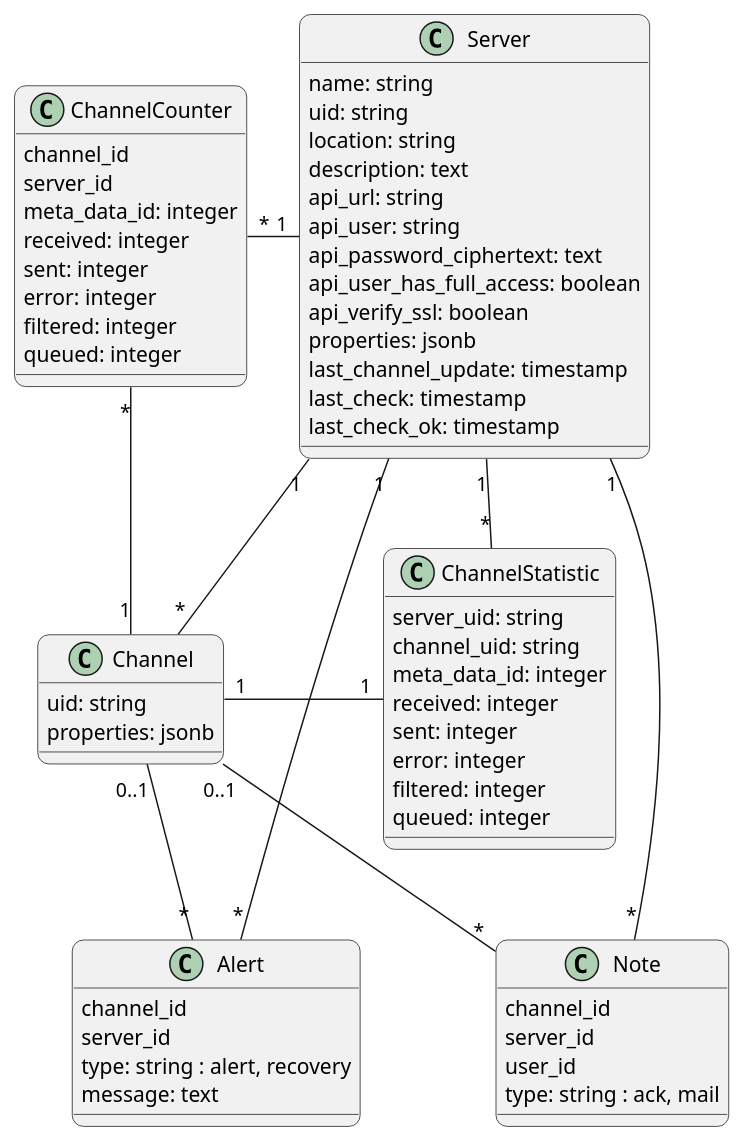
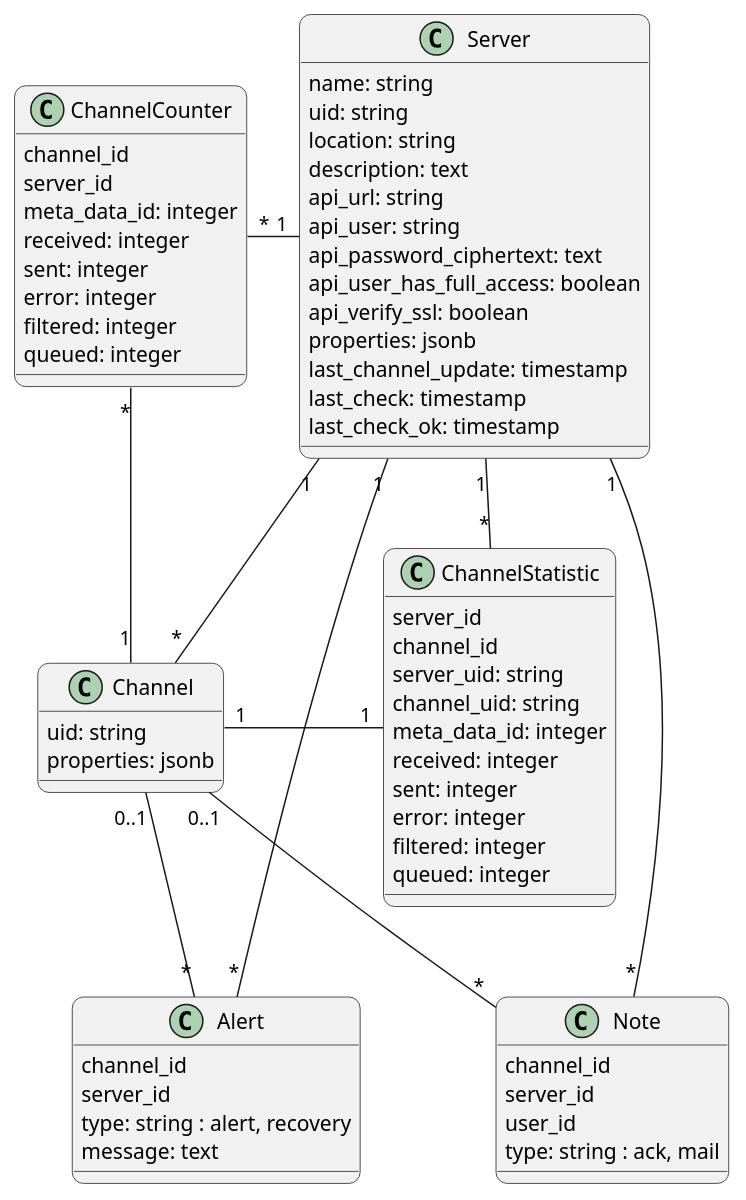
The diagram in doc/dev-notes/modules/ROOT/images/models.puml (swobspace/mirco), drawn with PlantUML before and after one commit. The commit also changed 1 other file, not shown here.

Commit message:
add missing server_id/channel_id

```diff
--- a/doc/dev-notes/modules/ROOT/images/models.puml
+++ b/doc/dev-notes/modules/ROOT/images/models.puml
@@ -1,74 +1,76 @@
 @startuml
 top to bottom direction
 skinparam defaultTextAlignment center
 skinparam roundCorner 15
 
 class Server  {
   name: string
   uid: string
   location: string
   description: text
   api_url: string
   api_user: string
   api_password_ciphertext: text
   api_user_has_full_access: boolean
   api_verify_ssl: boolean
   properties: jsonb
   last_channel_update: timestamp
   last_check: timestamp
   last_check_ok: timestamp
 }
 
 class Channel {
   uid: string
   properties: jsonb
 }
 
 class ChannelStatistic {
+  server_id
+  channel_id
   server_uid: string
   channel_uid: string
   meta_data_id: integer
   received: integer
   sent: integer
   error: integer
   filtered: integer
   queued: integer
 }
 
 class ChannelCounter {
   channel_id
   server_id
   meta_data_id: integer
   received: integer
   sent: integer
   error: integer
   filtered: integer
   queued: integer
 }
 
 class Alert {
   channel_id
   server_id
   type: string : alert, recovery
   message: text
 }
 
 class Note {
   channel_id
   server_id
   user_id
   type: string : ack, mail
 }
 
 Server "1" -- "*" Channel
 Server "1" - "*" ChannelStatistic
 Channel "1" - "1" ChannelStatistic
 ChannelCounter "*" - "1" Server
 ChannelCounter "*" -- "1" Channel
 Server "1" -- "*" Alert
 Channel "0..1" -- "*" Alert
 Server "1" -- "*" Note
 Channel "0..1" -- "*" Note
 
 
 @enduml
```
